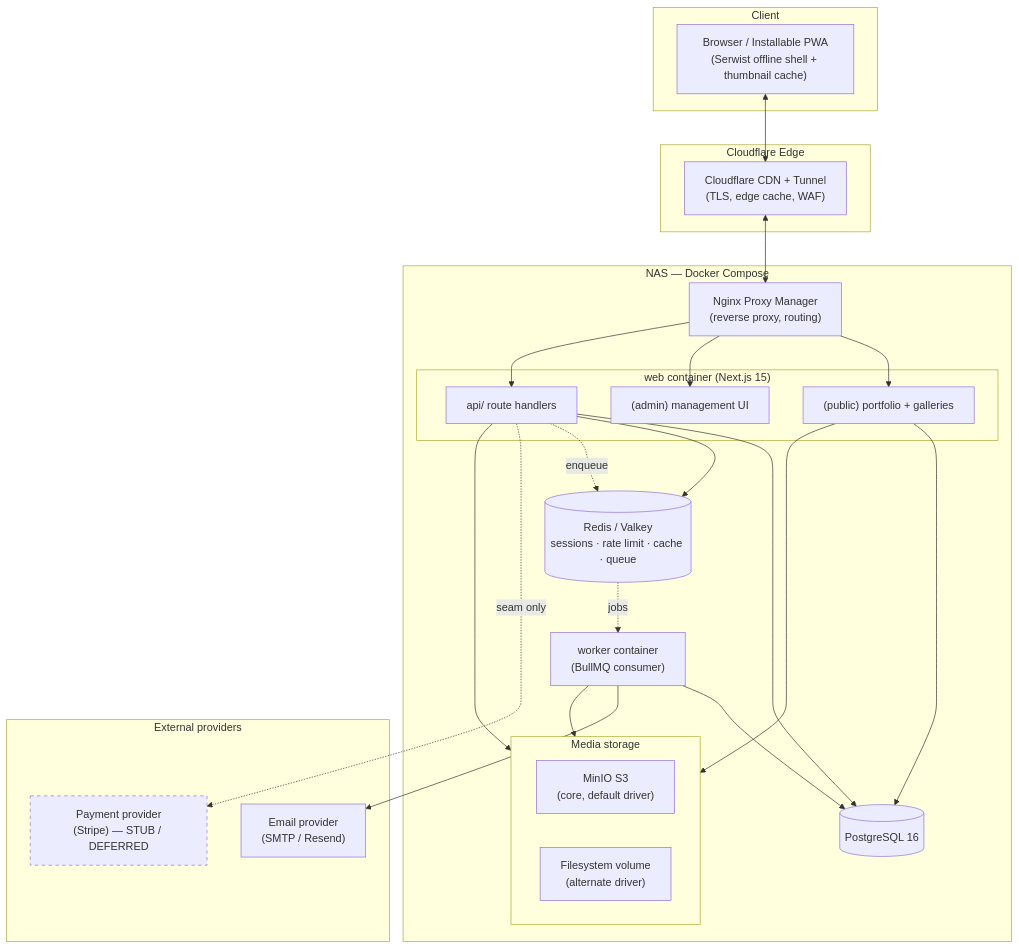
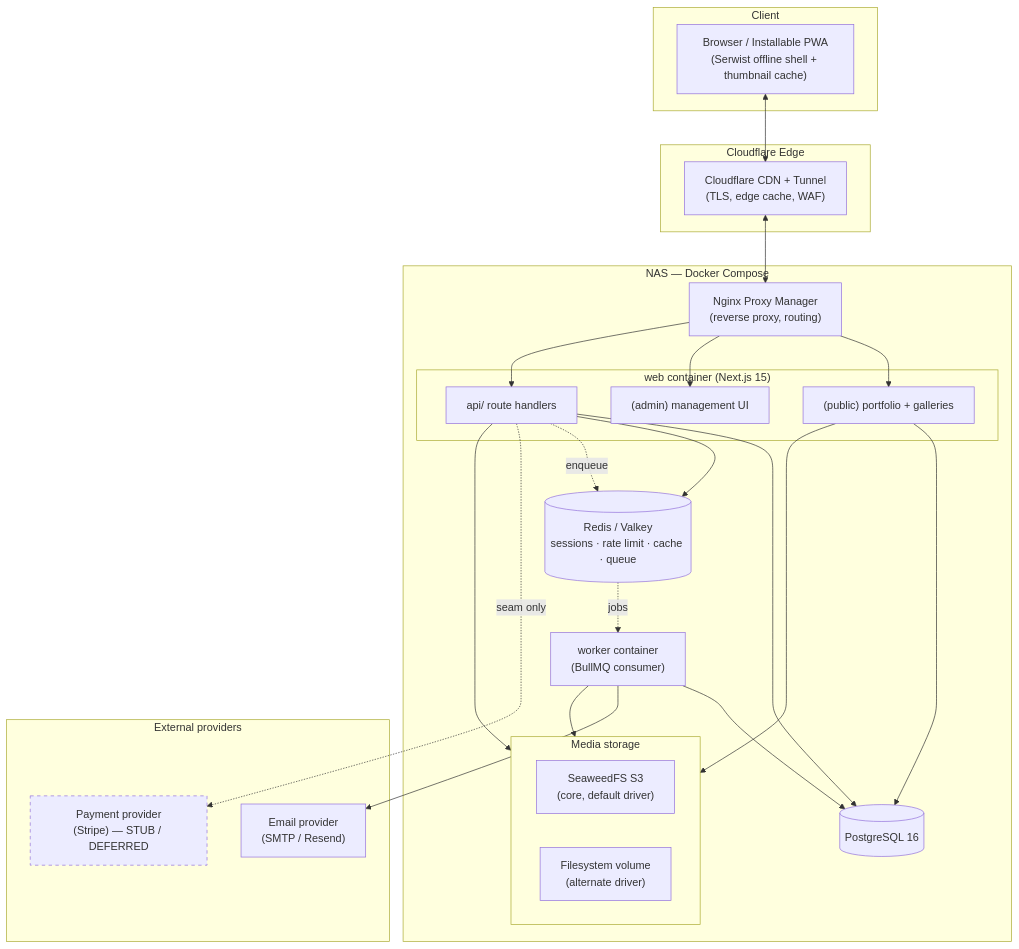
Before and after one commit to t0n003c/photography-platform: the first of 2 diagrams in docs/ARCHITECTURE.md, drawn with Mermaid. The commit also changed other lines of this file and 12 other files, not shown here.

First line of the commit message:
feat(storage): swap MinIO -> SeaweedFS (Apache-2.0), verified end-to-end

````diff
--- a/docs/ARCHITECTURE.md
+++ b/docs/ARCHITECTURE.md
@@ -52,59 +52,59 @@
 ```mermaid
 flowchart TB
     subgraph client["Client"]
         B["Browser / Installable PWA<br/>(Serwist offline shell + thumbnail cache)"]
     end
 
     subgraph edge["Cloudflare Edge"]
         CF["Cloudflare CDN + Tunnel<br/>(TLS, edge cache, WAF)"]
     end
 
     subgraph nas["NAS — Docker Compose"]
         NPM["Nginx Proxy Manager<br/>(reverse proxy, routing)"]
 
         subgraph webproc["web container (Next.js 15)"]
             PUB["(public) portfolio + galleries"]
             ADM["(admin) management UI"]
             API["api/ route handlers"]
         end
 
         WK["worker container<br/>(BullMQ consumer)"]
 
         PG[("PostgreSQL 16")]
         RD[("Redis / Valkey<br/>sessions · rate limit · cache · queue")]
 
         subgraph store["Media storage"]
-            MINIO["MinIO S3<br/>(core, default driver)"]
+            MINIO["SeaweedFS S3<br/>(core, default driver)"]
             FS["Filesystem volume<br/>(alternate driver)"]
         end
     end
 
     subgraph external["External providers"]
         EMAIL["Email provider<br/>(SMTP / Resend)"]
         PAY["Payment provider<br/>(Stripe) — STUB / DEFERRED"]
     end
 
     B <--> CF
     CF <--> NPM
     NPM --> PUB
     NPM --> ADM
     NPM --> API
 
     API --> PG
     API --> RD
     API --> store
     API -. enqueue .-> RD
 
     RD -. jobs .-> WK
     WK --> PG
     WK --> store
     WK --> EMAIL
 
     API -. seam only .-> PAY
 
     PUB --> PG
     PUB --> store
 
     classDef stub stroke-dasharray: 5 5;
     class PAY stub;
 ```
````
